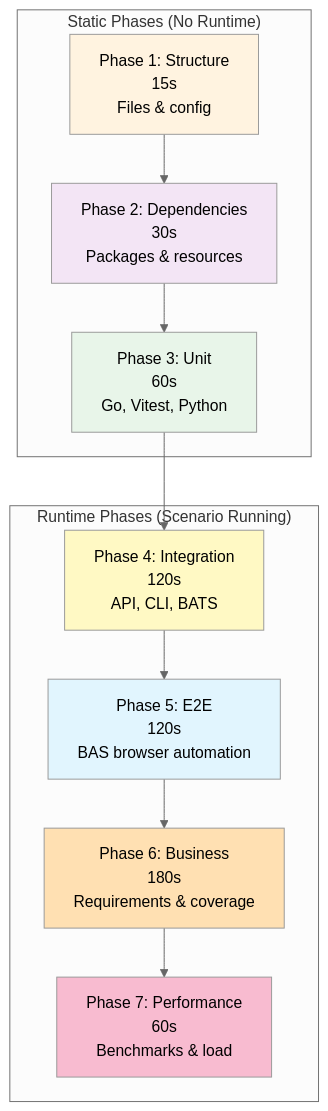
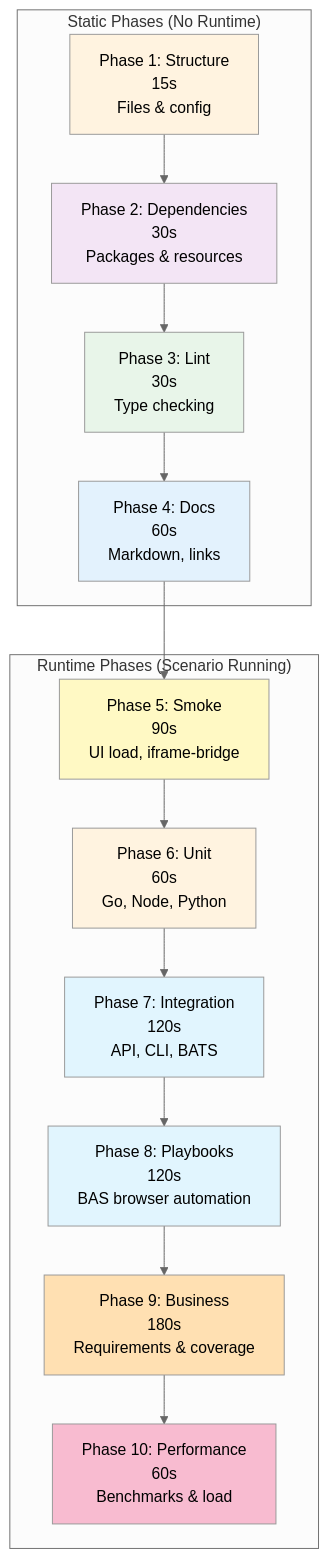
Before and after one commit to Vrooli/Vrooli: the diagram in scenarios/test-genie/docs/guides/phased-testing.md, drawn with Mermaid (neutral theme). The commit also changed other lines of this file and 66 other files, not shown here.

````diff
--- a/scenarios/test-genie/docs/guides/phased-testing.md
+++ b/scenarios/test-genie/docs/guides/phased-testing.md
@@ -11,30 +11,31 @@
 ```mermaid
 graph TB
     subgraph "Static Phases (No Runtime)"
         P1[Phase 1: Structure<br/>15s<br/>Files & config]
         P2[Phase 2: Dependencies<br/>30s<br/>Packages & resources]
-        P3[Phase 3: Unit<br/>60s<br/>Go, Vitest, Python]
+        P3[Phase 3: Lint<br/>30s<br/>Type checking]
+        P4[Phase 4: Docs<br/>60s<br/>Markdown, links]
     end
 
     subgraph "Runtime Phases (Scenario Running)"
-        P4[Phase 4: Integration<br/>120s<br/>API, CLI, BATS]
-        P5[Phase 5: E2E<br/>120s<br/>BAS browser automation]
-        P6[Phase 6: Business<br/>180s<br/>Requirements & coverage]
-        P7[Phase 7: Performance<br/>60s<br/>Benchmarks & load]
+        P5[Phase 5: Smoke<br/>90s<br/>UI load, iframe-bridge]
+        P6[Phase 6: Unit<br/>60s<br/>Go, Node, Python]
+        P7[Phase 7: Integration<br/>120s<br/>API, CLI, BATS]
+        P8[Phase 8: Playbooks<br/>120s<br/>BAS browser automation]
+        P9[Phase 9: Business<br/>180s<br/>Requirements & coverage]
+        P10[Phase 10: Performance<br/>60s<br/>Benchmarks & load]
     end
 
-    P1 --> P2
-    P2 --> P3
-    P3 --> P4
-    P4 --> P5
-    P5 --> P6
-    P6 --> P7
+    P1 --> P2 --> P3 --> P4 --> P5 --> P6 --> P7 --> P8 --> P9 --> P10
 
     style P1 fill:#fff3e0
     style P2 fill:#f3e5f5
     style P3 fill:#e8f5e9
-    style P4 fill:#fff9c4
-    style P5 fill:#e1f5fe
-    style P6 fill:#ffe0b2
-    style P7 fill:#f8bbd0
+    style P4 fill:#e3f2fd
+    style P5 fill:#fff9c4
+    style P6 fill:#fff3e0
+    style P7 fill:#e1f5fe
+    style P8 fill:#e1f5fe
+    style P9 fill:#ffe0b2
+    style P10 fill:#f8bbd0
 ```
````
